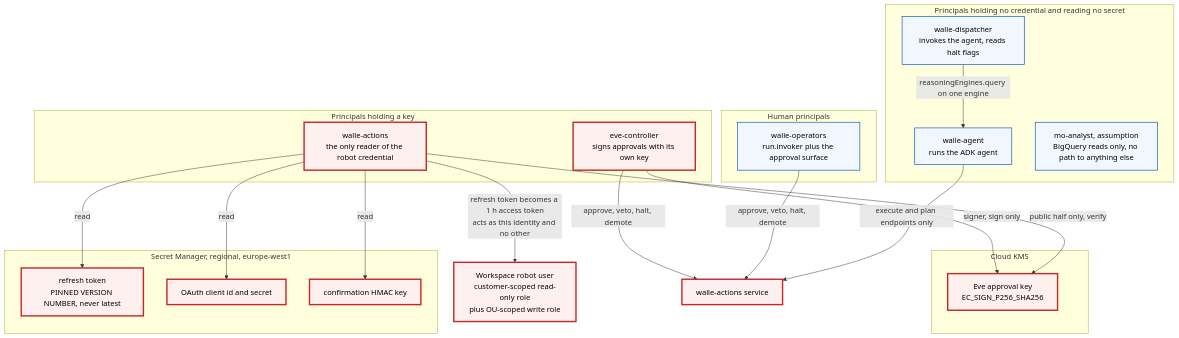
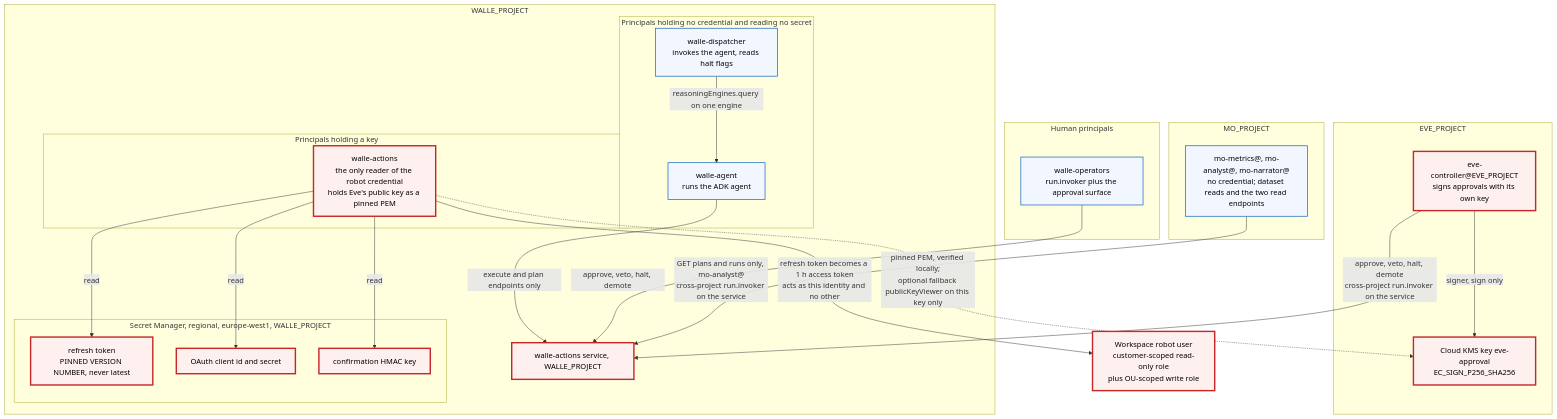
One commit to jsbdfgidsfg/agentic-platform changed the third of 6 diagrams in platform/wall-e/ARCHITECTURE.md. Above: the diagram before and after it, drawn with Mermaid. The commit also changed other lines of this file and 44 other files, not shown here.

````diff
--- a/platform/wall-e/ARCHITECTURE.md
+++ b/platform/wall-e/ARCHITECTURE.md
@@ -248,46 +258,53 @@
 ```mermaid
 flowchart TB
-    subgraph NOCRED["Principals holding no credential and reading no secret"]
-        AGT["walle-agent<br/>runs the ADK agent"]
-        DSP["walle-dispatcher<br/>invokes the agent, reads halt flags"]
-        MOA["mo-analyst, assumption<br/>BigQuery reads only, no path to anything else"]
+    subgraph WAL["WALLE_PROJECT"]
+        subgraph NOCRED["Principals holding no credential and reading no secret"]
+            AGT["walle-agent<br/>runs the ADK agent"]
+            DSP["walle-dispatcher<br/>invokes the agent, reads halt flags"]
+        end
+
+        subgraph KEYED["Principals holding a key"]
+            ACT["walle-actions<br/>the only reader of the robot credential<br/>holds Eve's public key as a pinned PEM"]
+        end
+
+        subgraph VAULT["Secret Manager, regional, europe-west1, WALLE_PROJECT"]
+            SEC["refresh token<br/>PINNED VERSION NUMBER, never latest"]
+            CLI["OAuth client id and secret"]
+            HM["confirmation HMAC key"]
+        end
+
+        CRS["walle-actions service, WALLE_PROJECT"]
     end
 
-    subgraph KEYED["Principals holding a key"]
-        ACT["walle-actions<br/>the only reader of the robot credential"]
-        EVC["eve-controller<br/>signs approvals with its own key"]
+    subgraph EVP["EVE_PROJECT"]
+        EVC["eve-controller@EVE_PROJECT<br/>signs approvals with its own key"]
+        EK["Cloud KMS key eve-approval<br/>EC_SIGN_P256_SHA256"]
+    end
+
+    subgraph MOP["MO_PROJECT"]
+        MOA["mo-metrics@, mo-analyst@, mo-narrator@<br/>no credential; dataset reads and the two read endpoints"]
     end
 
     subgraph HUMANP["Human principals"]
         OPG["walle-operators<br/>run.invoker plus the approval surface"]
     end
 
-    subgraph VAULT["Secret Manager, regional, europe-west1"]
-        SEC["refresh token<br/>PINNED VERSION NUMBER, never latest"]
-        CLI["OAuth client id and secret"]
-        HM["confirmation HMAC key"]
-    end
-
-    subgraph KMSB["Cloud KMS"]
-        EK["Eve approval key<br/>EC_SIGN_P256_SHA256"]
-    end
-
     ROBOT["Workspace robot user<br/>customer-scoped read-only role<br/>plus OU-scoped write role"]
-    CRS["walle-actions service"]
 
     ACT -->|"read"| SEC
     ACT -->|"read"| CLI
     ACT -->|"read"| HM
-    ACT -->|"public half only, verify"| EK
+    ACT -.->|"pinned PEM, verified locally;<br/>optional fallback publicKeyViewer on this key only"| EK
     EVC -->|"signer, sign only"| EK
     ACT -->|"refresh token becomes a 1 h access token<br/>acts as this identity and no other"| ROBOT
     AGT -->|"execute and plan endpoints only"| CRS
     DSP -->|"reasoningEngines.query on one engine"| AGT
     OPG -->|"approve, veto, halt, demote"| CRS
-    EVC -->|"approve, veto, halt, demote"| CRS
+    EVC -->|"approve, veto, halt, demote<br/>cross-project run.invoker on the service"| CRS
+    MOA -->|"GET plans and runs only, mo-analyst@<br/>cross-project run.invoker on the service"| CRS
 
     classDef keyed fill:#fff0f0,stroke:#c62828,stroke-width:3px,color:#000
     classDef plain fill:#f2f7ff,stroke:#1565c0,stroke-width:1.5px,color:#000
     class ACT,EVC,SEC,CLI,HM,EK,ROBOT,CRS keyed
     class AGT,DSP,MOA,OPG plain
 ```
````
